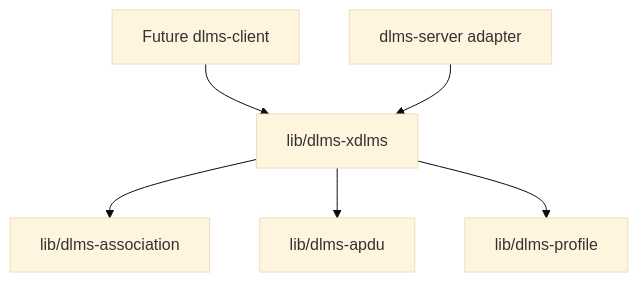
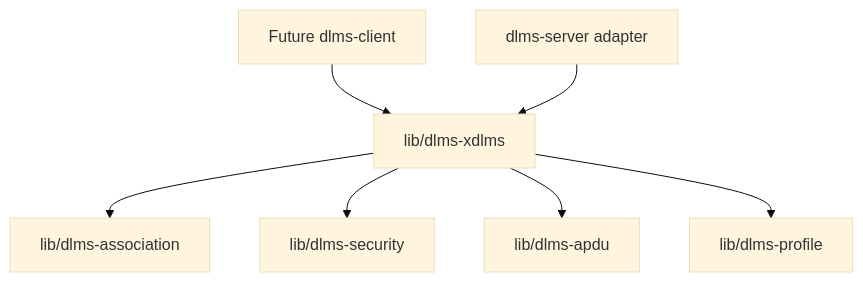
Before and after one commit to gvtret/dlms-xdlms: the first of 9 diagrams in docs/architecture.md, drawn with Mermaid (base theme). The commit also changed other lines of this file and 5 other files, not shown here.

First line of the commit message:
docs(xdlms): define security apdu boundary

````diff
--- a/docs/architecture.md
+++ b/docs/architecture.md
@@ -5,15 +5,17 @@
 ```mermaid
 flowchart TD
   Facade["Future dlms-client"]
   Server["dlms-server adapter"]
   XDlms["lib/dlms-xdlms"]
   Association["lib/dlms-association"]
+  Security["lib/dlms-security"]
   Apdu["lib/dlms-apdu"]
   Profile["lib/dlms-profile"]
 
   Facade --> XDlms
   Server --> XDlms
   XDlms --> Association
+  XDlms --> Security
   XDlms --> Apdu
   XDlms --> Profile
 ```
````
